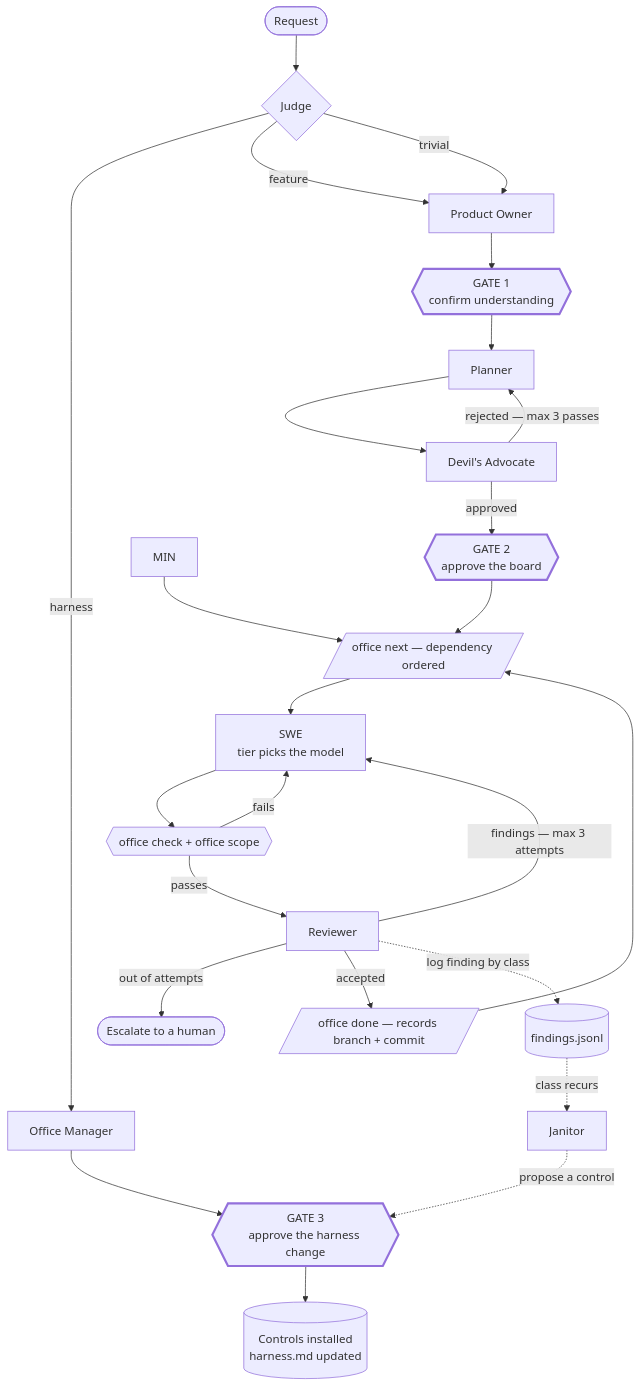
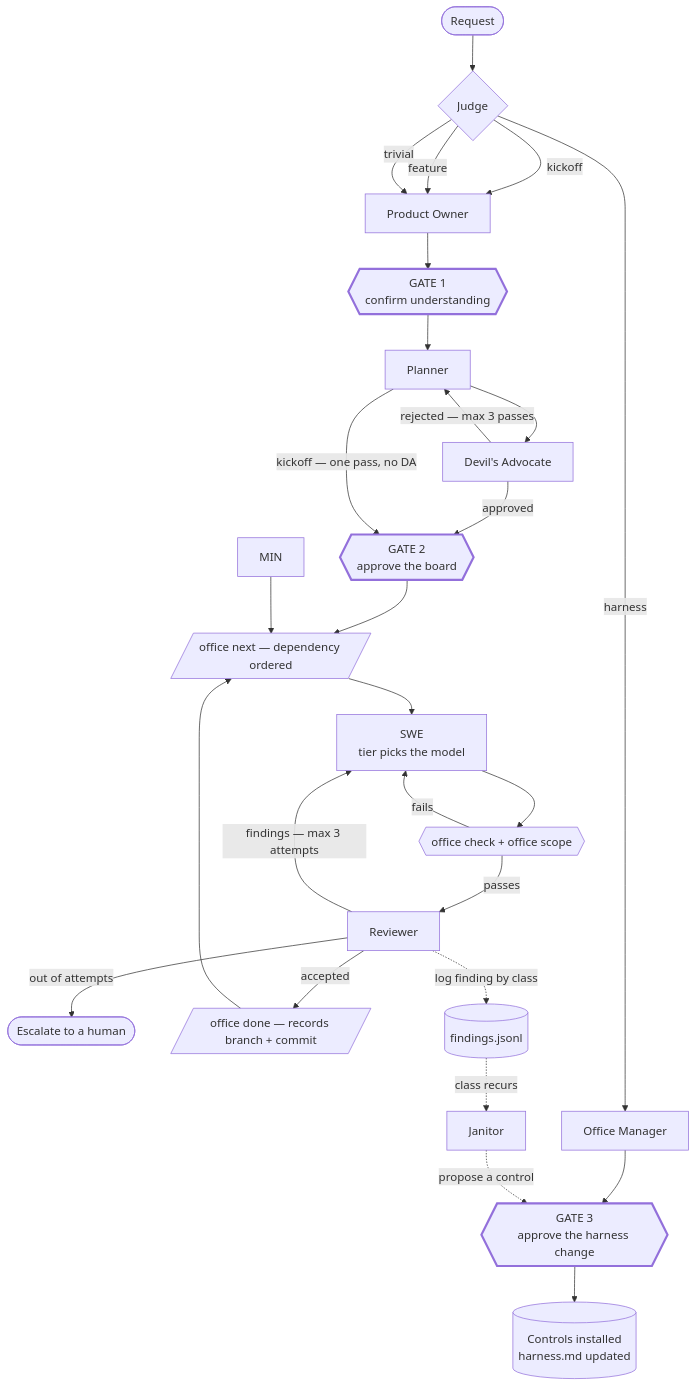
Before and after one commit to mbenencase/the-office: the first of 2 diagrams in README.md, drawn with Mermaid. The commit also changed other lines of this file and 12 other files, not shown here.

````diff
--- a/README.md
+++ b/README.md
@@ -21,36 +21,38 @@
 ```mermaid
 flowchart TD
     REQ([Request]) --> JUDGE{Judge}
 
     JUDGE -->|harness| OM[Office Manager]
-    JUDGE -->|feature| PO[Product Owner]
+    JUDGE -->|kickoff| PO[Product Owner]
+    JUDGE -->|feature| PO
     JUDGE -->|trivial| PO
 
     OM --> G3{{"GATE 3<br/>approve the harness change"}}
     G3 --> CTRL[("Controls installed<br/>harness.md updated")]
 
     PO --> G1{{"GATE 1<br/>confirm understanding"}}
     G1 --> PLAN[Planner]
     PLAN --> DA["Devil's Advocate"]
     DA -->|"rejected — max 3 passes"| PLAN
     DA -->|approved| G2{{"GATE 2<br/>approve the board"}}
+    PLAN -->|"kickoff — one pass, no DA"| G2
 
     G2 --> NEXT
     MIN --> NEXT[/"office next — dependency ordered"/]
 
     NEXT --> SWE["SWE<br/>tier picks the model"]
     SWE --> VER{{"office check + office scope"}}
     VER -->|fails| SWE
     VER -->|passes| REV[Reviewer]
     REV -->|"findings — max 3 attempts"| SWE
     REV -->|"out of attempts"| HUM([Escalate to a human])
     REV -->|accepted| DONE[/"office done — records branch + commit"/]
     DONE --> NEXT
 
     REV -.->|log finding by class| LED[("findings.jsonl")]
     LED -.->|class recurs| JAN[Janitor]
     JAN -.->|propose a control| G3
 
     classDef gate stroke-width:3px
     class G1,G2,G3 gate
 ```
````
